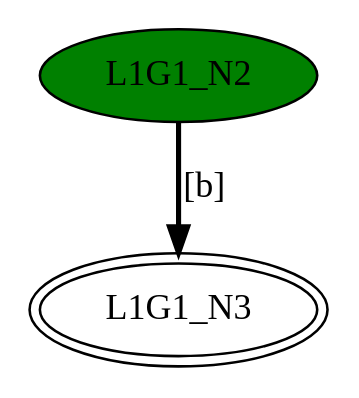
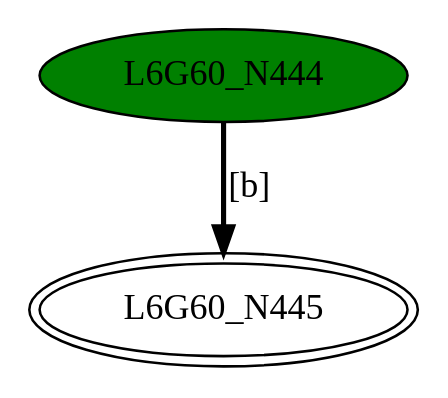
Before and after one commit to GDimitroulakos/EDUFLEX: the diagram in DFASimulator/Testbench/BasicChar_[b].dot, drawn with Graphviz. The commit also changed 192 other files, not shown here.

```diff
--- a/DFASimulator/Testbench/BasicChar_[b].dot
+++ b/DFASimulator/Testbench/BasicChar_[b].dot
@@ -1,5 +1,5 @@
-digraph G1{
-"L1G1_N2" [style=filled,fillcolor=green];
-"L1G1_N3" [peripheries=2];
-"L1G1_N2"->"L1G1_N3" [style = bold, label = "[b]"];
+digraph G60{
+"L6G60_N444" [style=filled,fillcolor=green];
+"L6G60_N445" [peripheries=2];
+"L6G60_N444"->"L6G60_N445" [style = bold, label = "[b]"];
 }
```
